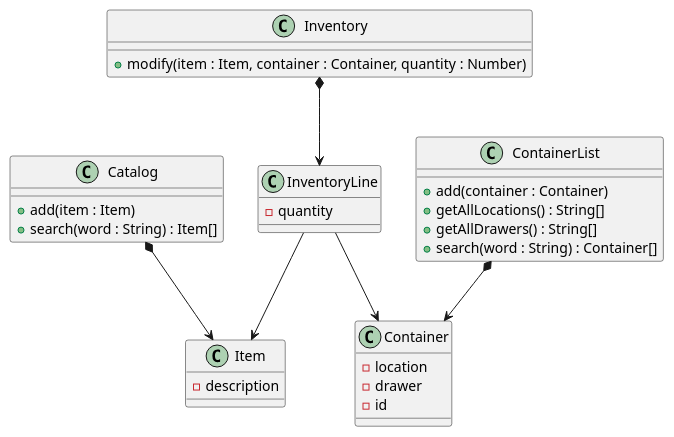
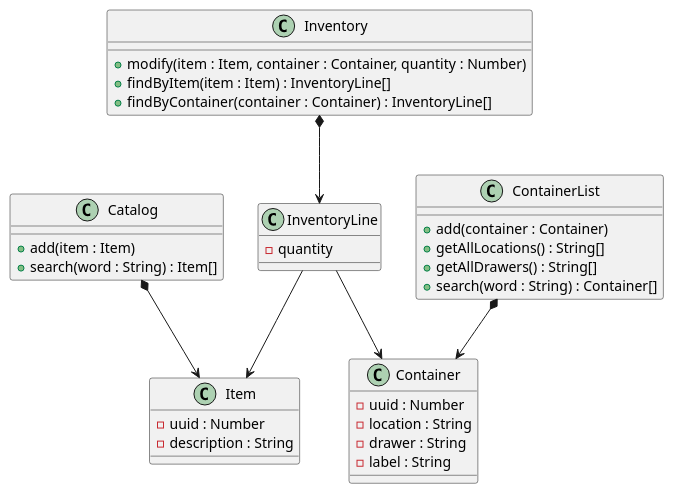
The diagram in docs/classes.puml (IEPSCF-Uccle-PROJWEB2-S1-2021/fablab-components), drawn with PlantUML before and after one commit. The commit also changed 4 other files, not shown here.

```diff
--- a/docs/classes.puml
+++ b/docs/classes.puml
@@ -1,32 +1,36 @@
 @startuml classes
 class Catalog {
   + add(item : Item)
   + search(word : String) : Item[]
 }
 class Item {
-  -description
+  -uuid : Number
+  -description : String
 }
 class ContainerList {
   + add(container : Container)
   + getAllLocations() : String[]
   + getAllDrawers() : String[]
   + search(word : String) : Container[]
 }
 class Container {
-  -location
-  -drawer
-  -id
+  -uuid : Number
+  -location : String
+  -drawer : String
+  -label : String
 }
 class Inventory {
   + modify(item : Item, container : Container, quantity : Number)
+  + findByItem(item : Item) : InventoryLine[]
+  + findByContainer(container : Container) : InventoryLine[]
 }
 class InventoryLine {
   -quantity
 }
 
 Catalog *--> Item
 ContainerList *--> Container
 Inventory *--> InventoryLine
 InventoryLine --> Container
 InventoryLine --> Item
 @enduml
```
